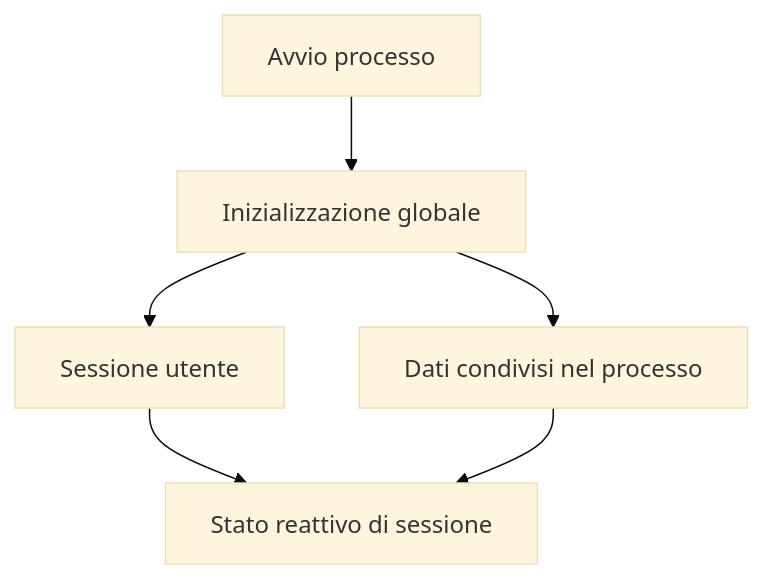
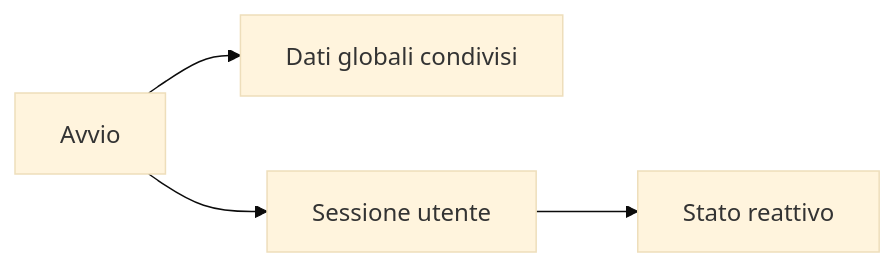
Before and after one commit to andreabz/R_per_IT: the fourth of 6 diagrams in slides.qmd, drawn with Mermaid (base theme). The commit also changed other lines of this file, not shown here.

````diff
--- a/slides.qmd
+++ b/slides.qmd
@@ -194,9 +191,7 @@
 ```{mermaid}
 %%| echo: false
-flowchart TD
- A["Avvio processo"] --> B["Inizializzazione globale"]
- B --> C["Dati condivisi nel processo"]
- B --> D["Sessione utente"]
- D --> E["Stato reattivo di sessione"]
- C --> E
+flowchart LR
+ A["Avvio"] --> B["Dati globali condivisi"]
+ A --> C["Sessione utente"]
+ C --> D["Stato reattivo"]
 ```
````
